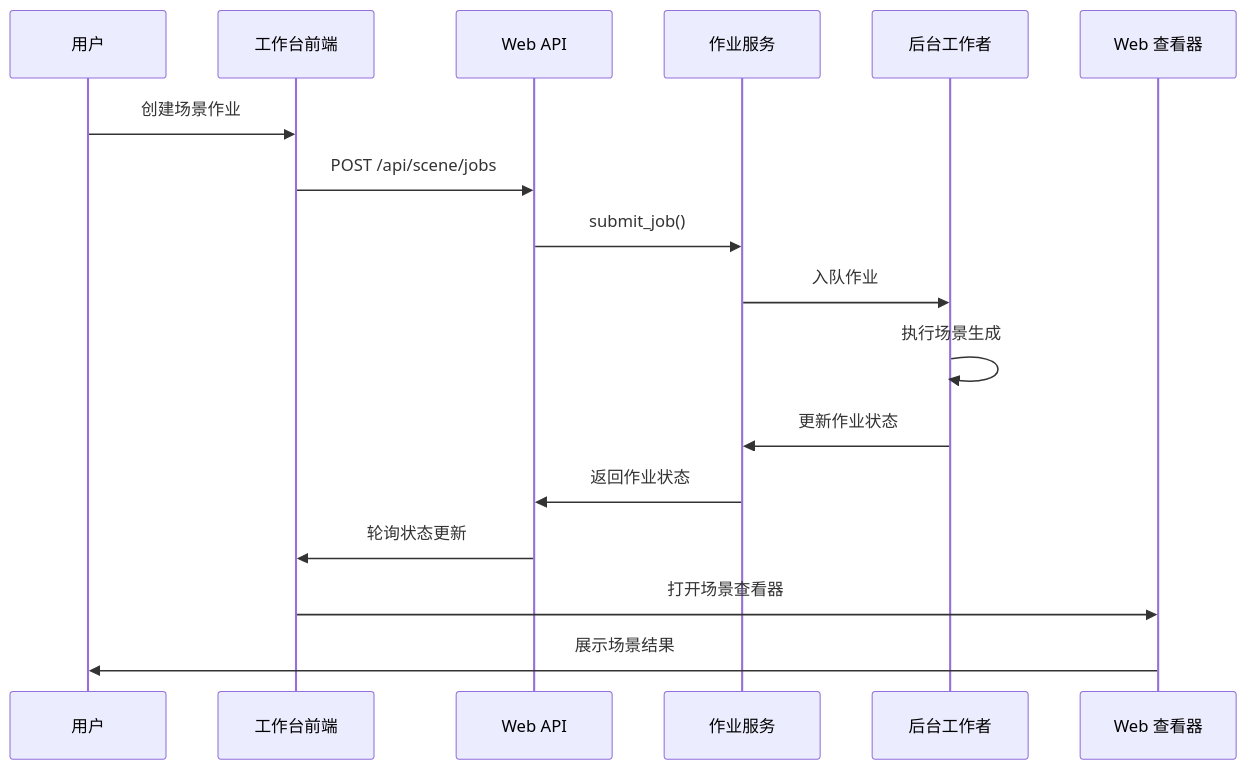
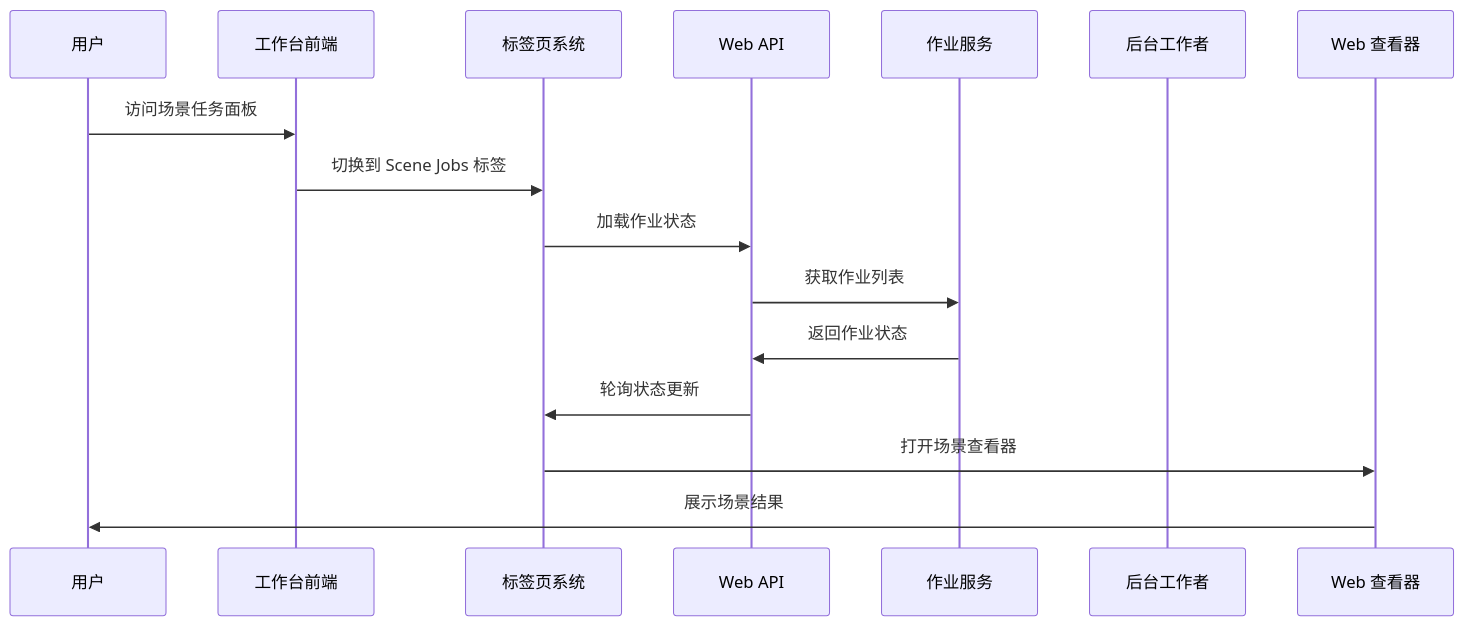
Before and after one commit to wsqstar/RoadGen3D: the second of 17 diagrams in .qoder/repowiki/zh/content/Web界面系统/工作台界面/场景任务面板.md, drawn with Mermaid. The commit also changed other lines of this file and 8 other files, not shown here.

First line of the commit message:
feat(tab-system): integrate conversation and scene jobs tabs into layout

````diff
--- a/.qoder/repowiki/zh/content/Web界面系统/工作台界面/场景任务面板.md
+++ b/.qoder/repowiki/zh/content/Web界面系统/工作台界面/场景任务面板.md
@@ -107,19 +127,18 @@
 ```mermaid
 sequenceDiagram
 participant User as 用户
 participant Workbench as 工作台前端
+participant TabSystem as 标签页系统
 participant API as Web API
 participant Service as 作业服务
 participant Worker as 后台工作者
 participant Viewer as Web 查看器
-User->>Workbench : 创建场景作业
-Workbench->>API : POST /api/scene/jobs
-API->>Service : submit_job()
-Service->>Worker : 入队作业
-Worker->>Worker : 执行场景生成
-Worker->>Service : 更新作业状态
+User->>Workbench : 访问场景任务面板
+Workbench->>TabSystem : 切换到 Scene Jobs 标签
+TabSystem->>API : 加载作业状态
+API->>Service : 获取作业列表
 Service->>API : 返回作业状态
-API->>Workbench : 轮询状态更新
-Workbench->>Viewer : 打开场景查看器
+API->>TabSystem : 轮询状态更新
+TabSystem->>Viewer : 打开场景查看器
 Viewer->>User : 展示场景结果
 ```
````
